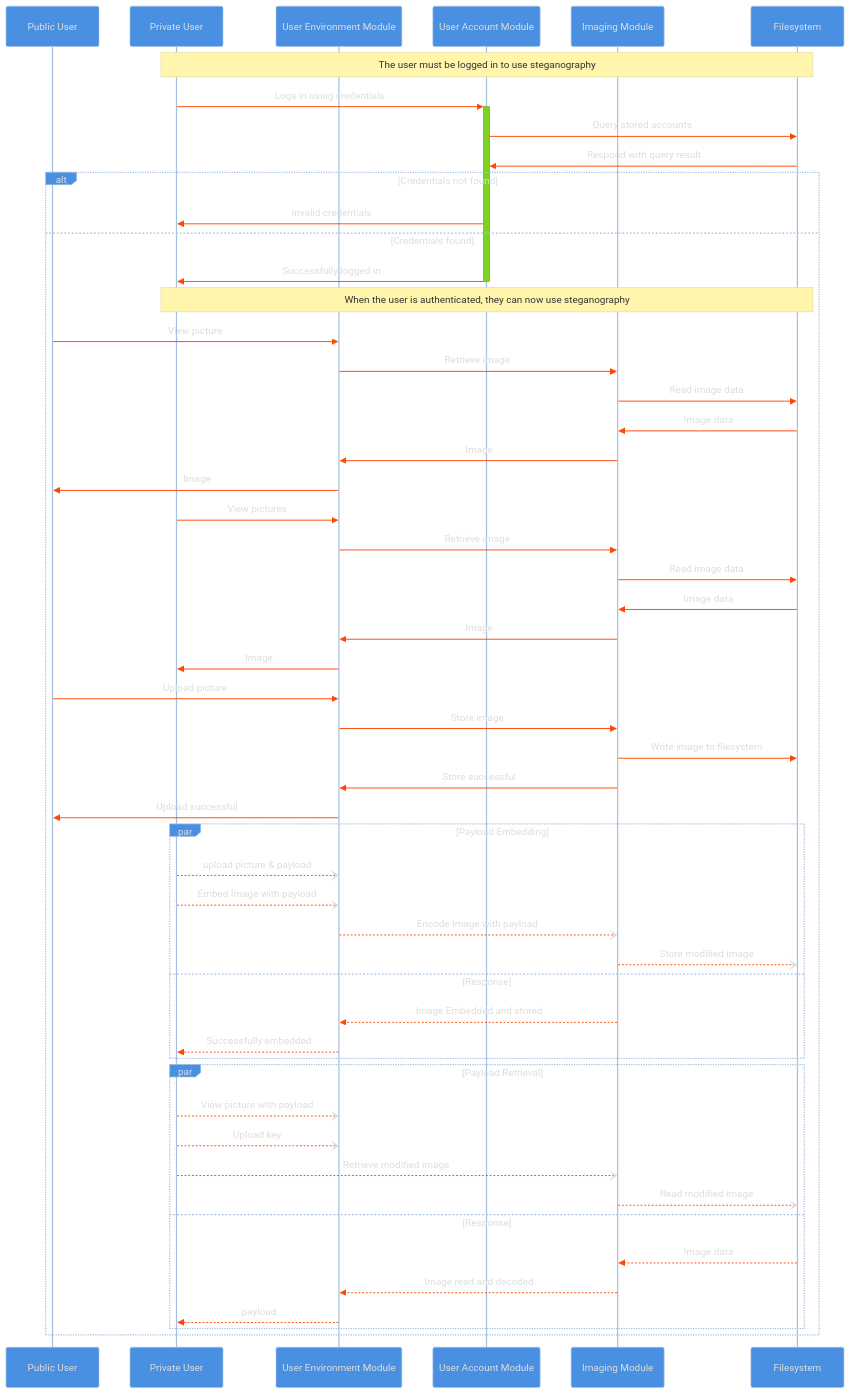
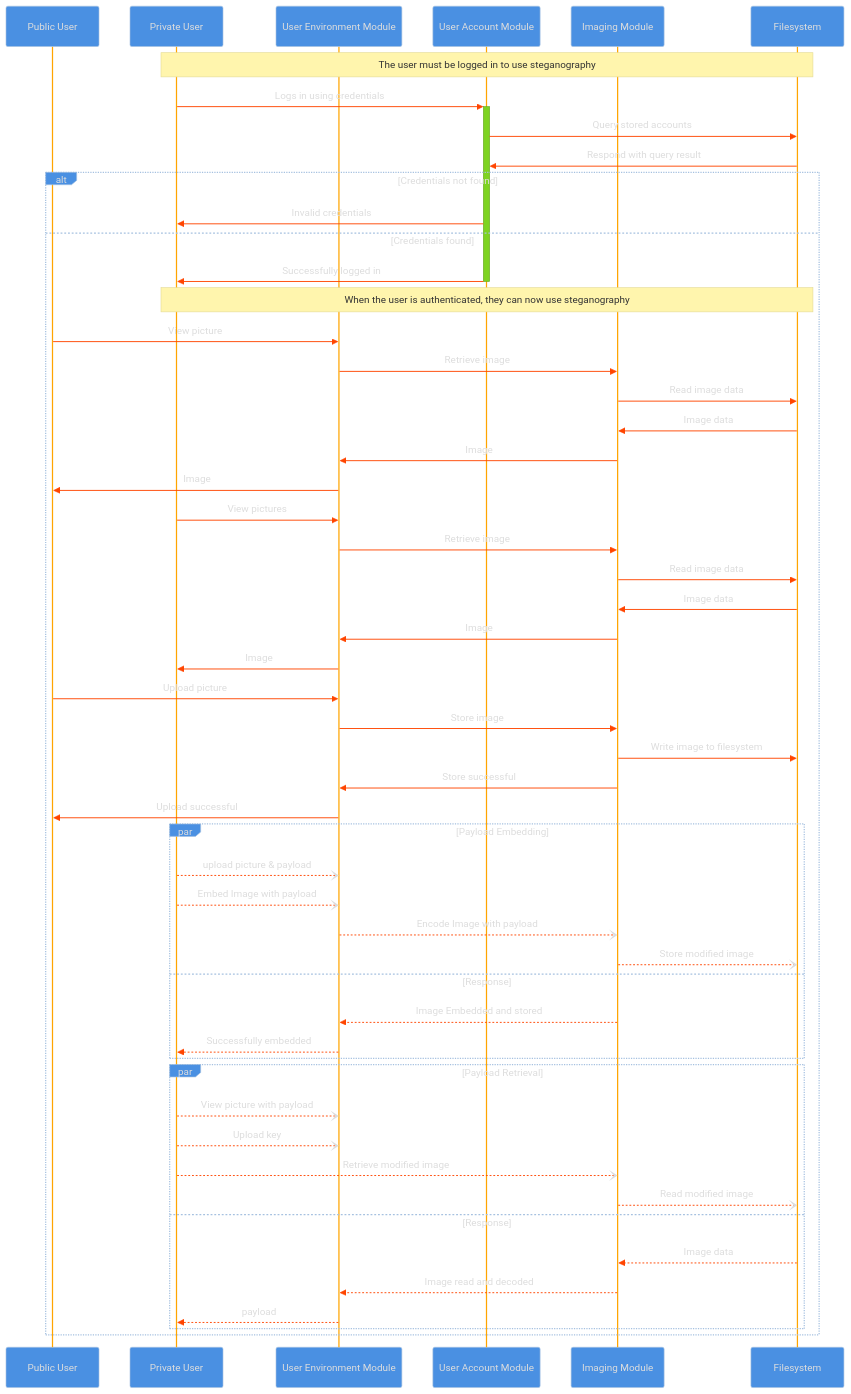
The second of 5 diagrams in documentation/design.md (csci265-team/HiddenFrame), drawn with Mermaid before and after one commit. The commit also changed other lines of this file, not shown here.

```diff
--- a/documentation/design.md
+++ b/documentation/design.md
@@ -60,77 +91,77 @@
 ~~~mermaid
 ---
 Title: Design Overview
 ---
 
 %%{
   init: {
     'theme': 'base',
     'themeVariables': {
       'primaryColor': '#4A90E2',
       'primaryTextColor': '#ddd',
       'primaryBorderColor': '#A6C1E0',
       'signalColor' : '#FF4500',
-      'actorlineColor': '#FFA500',
+      'actorLineColor': '#FFA500',
       'secondaryColor': '#7ED321',
       'tertiaryColor': '#F5F7FA'
+      
     }
   }
 }%%
 
 sequenceDiagram
     participant public as Public User
     participant private as Private User
     participant main as User Environment Module
     participant account as User Account Module
     participant image as Imaging Module
     participant db as Filesystem
 
     Note over private,db: The user must be logged in to use steganography
     private->>+account: Logs in using credentials
     account->>db: Query stored accounts
     db->>account: Respond with query result
 
     alt Credentials not found
         account->>private: Invalid credentials
     else Credentials found
         account->>-private: Successfully logged in
         Note over private,db: When the user is authenticated, they can now use steganography
         public->>main: View picture
         main->>image: Retrieve image
         image->>db: Read image data
         db->>image: Image data
         image->>main: Image
         main->>public: Image
         private->>main: View pictures
         main->>image: Retrieve image
         image->>db: Read image data
         db->>image: Image data
         image->>main: Image
         main->>private: Image
         public->>main: Upload picture
         main->>image: Store image
         image->>db: Write image to filesystem
         image->>main: Store successful
         main->>public: Upload successful
         par Payload Embedding
             private--)main: upload picture & payload
             private--)main: Embed Image with payload
             main--)image: Encode Image with payload
             image--)db: Store modified image
         and Response
             image-->>main: Image Embedded and stored
             main-->>private: Successfully embedded
         end
         par Payload Retrieval
             private--)main: View picture with payload
             private--)main: Upload key
             private--)image: Retrieve modified image
             image--)db: Read modified image
         and Response
             db-->>image: Image data
             image-->>main: Image read and decoded
             main-->>private: payload
         end
     end
-
 ~~~
```
